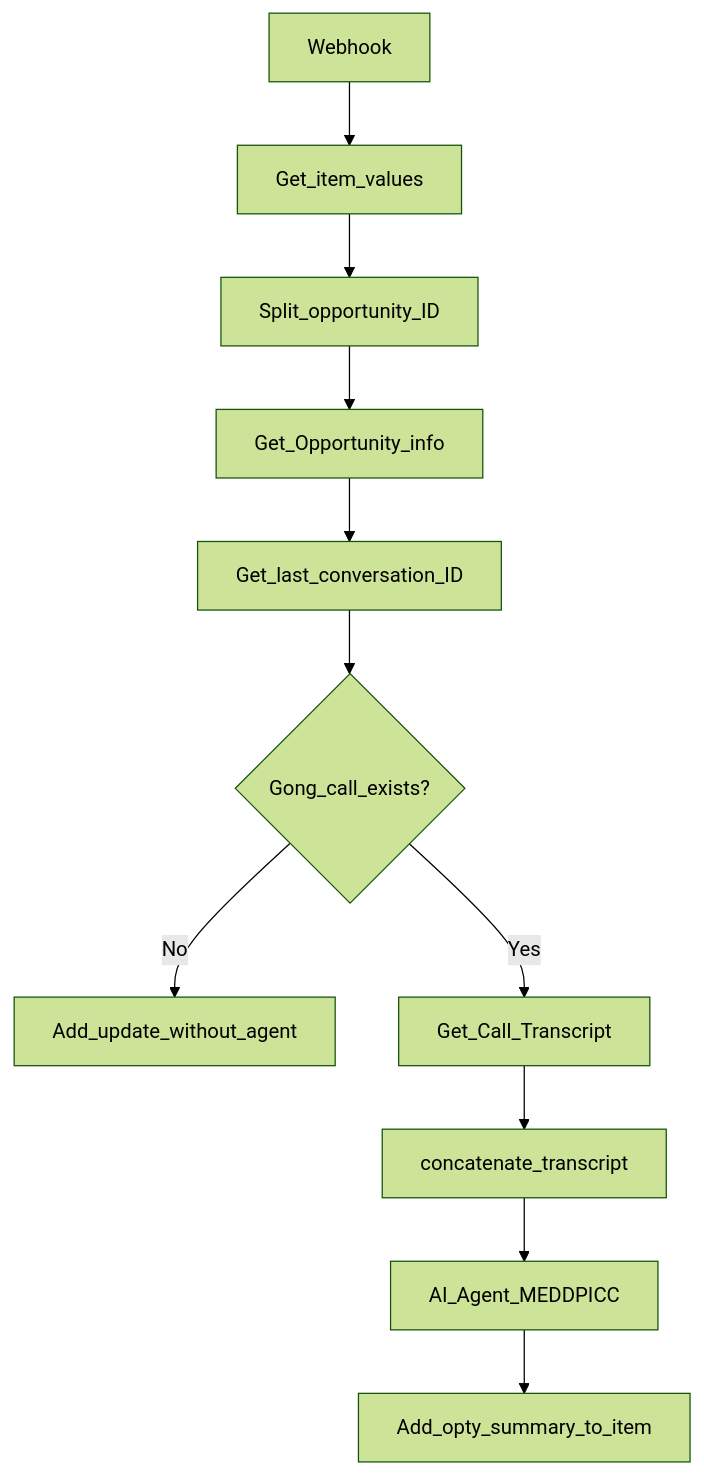
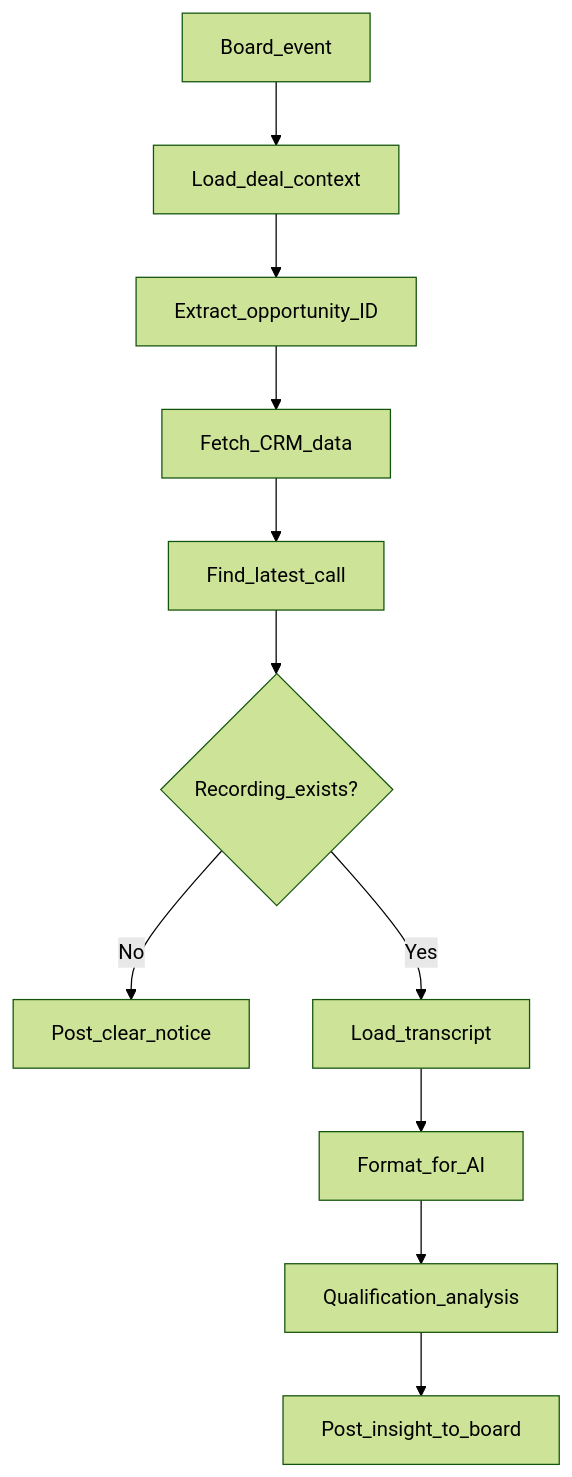
Before and after one commit to marcosdestri/ElevenLabs: the diagram in docs/n8n-sales-intelligence.md, drawn with Mermaid (forest theme). The commit also changed other lines of this file and 9 other files, not shown here.

````diff
--- a/docs/n8n-sales-intelligence.md
+++ b/docs/n8n-sales-intelligence.md
@@ -19,13 +21,13 @@
 ```mermaid
 flowchart TD
-  Webhook --> GetItem[Get_item_values]
-  GetItem --> SplitID[Split_opportunity_ID]
-  SplitID --> OppInfo[Get_Opportunity_info]
-  OppInfo --> ConvID[Get_last_conversation_ID]
-  ConvID --> Validate{Gong_call_exists?}
-  Validate -->|No| NoAnalysis[Add_update_without_agent]
-  Validate -->|Yes| Transcript[Get_Call_Transcript]
-  Transcript --> Concat[concatenate_transcript]
-  Concat --> Agent[AI_Agent_MEDDPICC]
-  Agent --> Summary[Add_opty_summary_to_item]
+  Webhook[Board_event] --> GetItem[Load_deal_context]
+  GetItem --> SplitID[Extract_opportunity_ID]
+  SplitID --> OppInfo[Fetch_CRM_data]
+  OppInfo --> ConvID[Find_latest_call]
+  ConvID --> Validate{Recording_exists?}
+  Validate -->|No| NoAnalysis[Post_clear_notice]
+  Validate -->|Yes| Transcript[Load_transcript]
+  Transcript --> Concat[Format_for_AI]
+  Concat --> Agent[Qualification_analysis]
+  Agent --> Summary[Post_insight_to_board]
 ```
````
